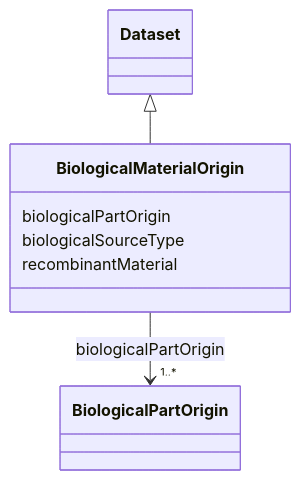
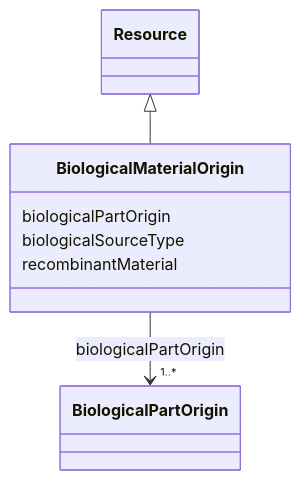
Before and after one commit to EVORA-project/evora-ontology: the diagram in models/docs/BiologicalMaterialOrigin.md, drawn with Mermaid. The commit also changed other lines of this file and 435 other files, not shown here.

````diff
--- a/models/docs/BiologicalMaterialOrigin.md
+++ b/models/docs/BiologicalMaterialOrigin.md
@@ -19,22 +19,22 @@
 ```mermaid
  classDiagram
     class BiologicalMaterialOrigin
     click BiologicalMaterialOrigin href "../BiologicalMaterialOrigin"
-      Dataset <|-- BiologicalMaterialOrigin
-        click Dataset href "../Dataset"
+      Resource <|-- BiologicalMaterialOrigin
+        click Resource href "../Resource"
       
       BiologicalMaterialOrigin : biologicalPartOrigin
         
           
     
     
     BiologicalMaterialOrigin --> "1..*" BiologicalPartOrigin : biologicalPartOrigin
     click BiologicalPartOrigin href "../BiologicalPartOrigin"
 
         
       BiologicalMaterialOrigin : biologicalSourceType
         
       BiologicalMaterialOrigin : recombinantMaterial
         
       
 ```
````
